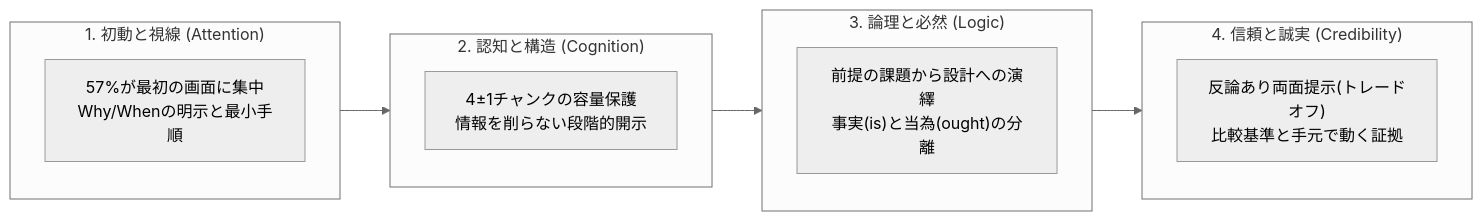
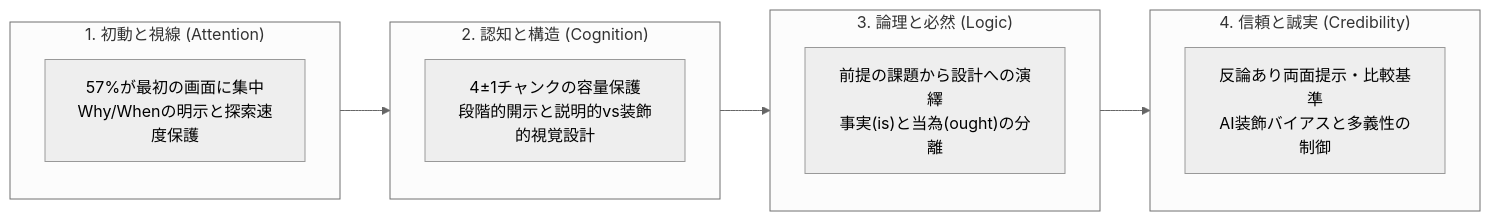
The diagram in PAPER.md (DovahkiinYuzuko/explorations-in-documentation), drawn with Mermaid (neutral theme) before and after one commit. The commit also changed other lines of this file and 3 other files, not shown here.

````diff
--- a/PAPER.md
+++ b/PAPER.md
@@ -368,17 +497,17 @@
 ```mermaid
 flowchart LR
     subgraph P1["1. 初動と視線 (Attention)"]
-        A1["57%が最初の画面に集中<br>Why/Whenの明示と最小手順"]
+        A1["57%が最初の画面に集中<br>Why/Whenの明示と探索速度保護"]
     end
     subgraph P2["2. 認知と構造 (Cognition)"]
-        A2["4±1チャンクの容量保護<br>情報を削らない段階的開示"]
+        A2["4±1チャンクの容量保護<br>段階的開示と説明的vs装飾的視覚設計"]
     end
     subgraph P3["3. 論理と必然 (Logic)"]
         A3["前提の課題から設計への演繹<br>事実(is)と当為(ought)の分離"]
     end
     subgraph P4["4. 信頼と誠実 (Credibility)"]
-        A4["反論あり両面提示(トレードオフ)<br>比較基準と手元で動く証拠"]
+        A4["反論あり両面提示・比較基準<br>AI装飾バイアスと多義性の制御"]
     end
 
     P1 --> P2 --> P3 --> P4
 ```
````
